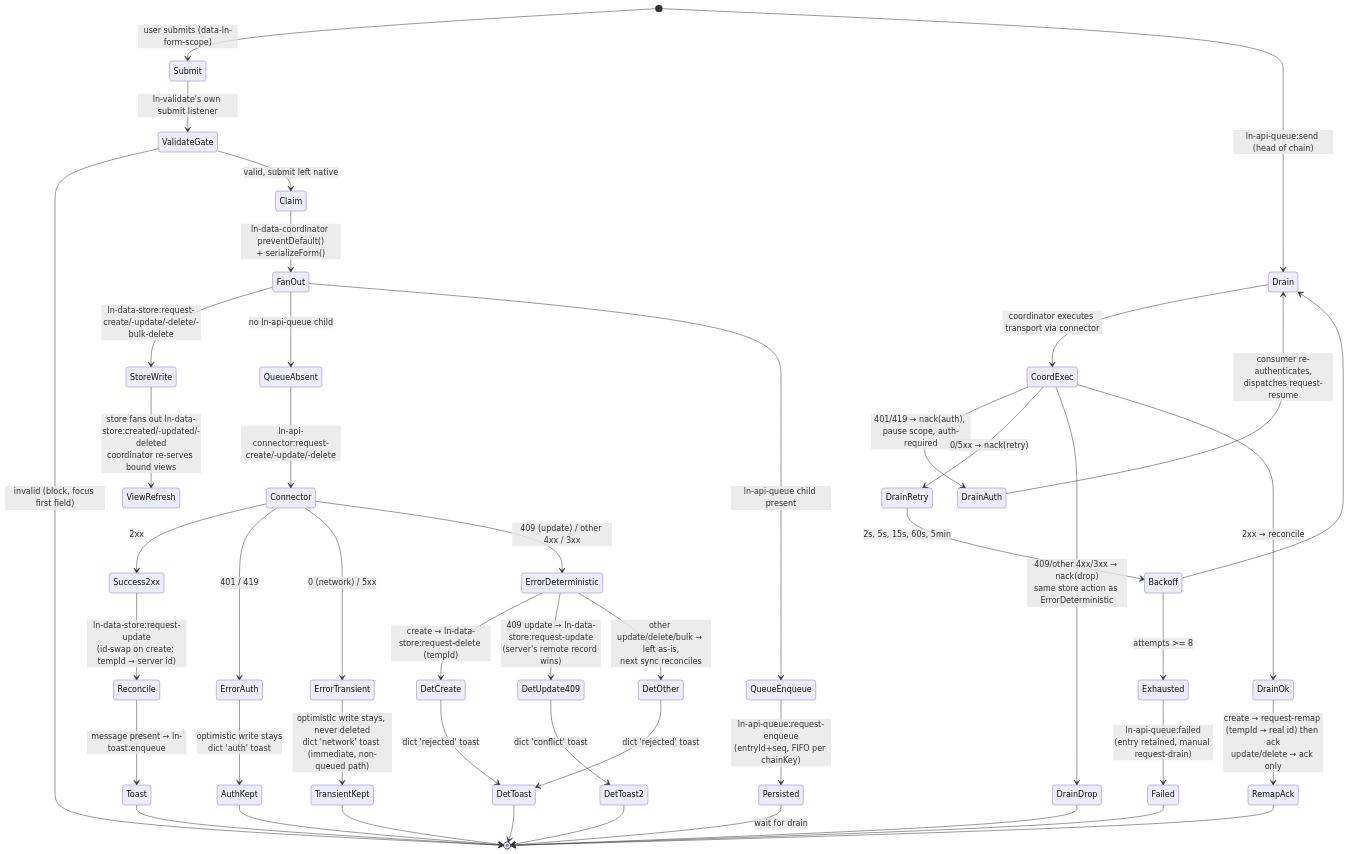
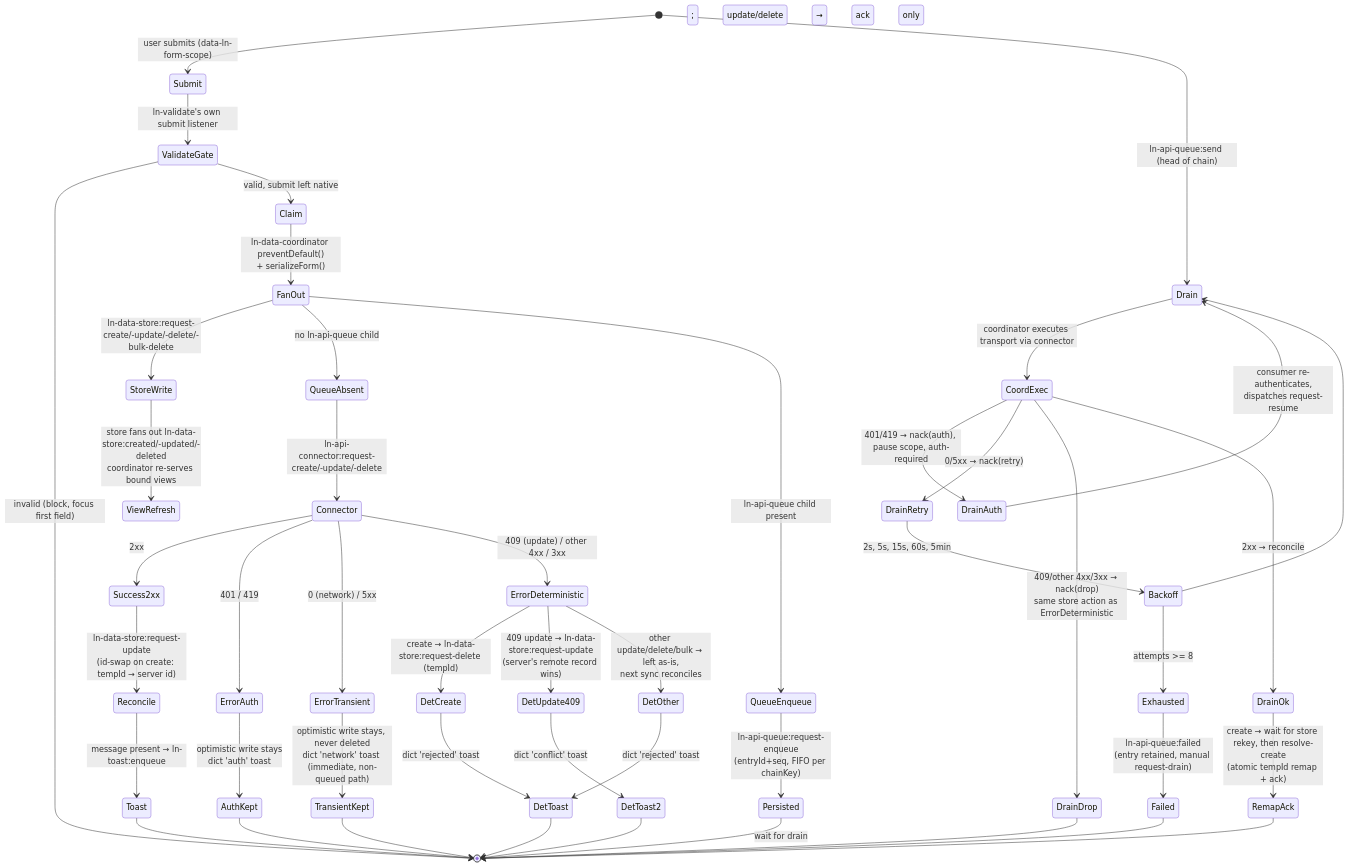
One commit to livenetworks/ln-ashlar changed the diagram in docs/architecture/data-flow.md. Above: the diagram before and after it, drawn with Mermaid. The commit also changed other lines of this file and 15 other files, not shown here.

````diff
--- a/docs/architecture/data-flow.md
+++ b/docs/architecture/data-flow.md
@@ -166,61 +166,61 @@
 ```mermaid
 stateDiagram-v2
     [*] --> Submit: user submits (data-ln-form-scope)
     Submit --> ValidateGate: ln-validate's own submit listener
     ValidateGate --> [*]: invalid (block, focus first field)
     ValidateGate --> Claim: valid, submit left native
 
     Claim --> FanOut: ln-data-coordinator preventDefault()<br/>+ serializeForm()
     FanOut --> StoreWrite: ln-data-store:request-create/-update/-delete/-bulk-delete
     StoreWrite --> ViewRefresh: store fans out ln-data-store:created/-updated/-deleted<br/>coordinator re-serves bound views
 
     FanOut --> QueueAbsent: no ln-api-queue child
     FanOut --> QueueEnqueue: ln-api-queue child present
 
     QueueAbsent --> Connector: ln-api-connector:request-create/-update/-delete
     Connector --> Success2xx: 2xx
     Connector --> ErrorAuth: 401 / 419
     Connector --> ErrorTransient: 0 (network) / 5xx
     Connector --> ErrorDeterministic: 409 (update) / other 4xx / 3xx
 
     Success2xx --> Reconcile: ln-data-store:request-update<br/>(id-swap on create: tempId → server id)
     Reconcile --> Toast: message present → ln-toast:enqueue
     Toast --> [*]
 
     ErrorAuth --> AuthKept: optimistic write stays<br/>dict 'auth' toast
     AuthKept --> [*]
 
     ErrorTransient --> TransientKept: optimistic write stays, never deleted<br/>dict 'network' toast (immediate, non-queued path)
     TransientKept --> [*]
 
     ErrorDeterministic --> DetCreate: create → ln-data-store:request-delete (tempId)
     ErrorDeterministic --> DetUpdate409: 409 update → ln-data-store:request-update<br/>(server's remote record wins)
     ErrorDeterministic --> DetOther: other update/delete/bulk → left as-is,<br/>next sync reconciles
     DetCreate --> DetToast: dict 'rejected' toast
     DetUpdate409 --> DetToast2: dict 'conflict' toast
     DetOther --> DetToast: dict 'rejected' toast
     DetToast --> [*]
     DetToast2 --> [*]
 
     QueueEnqueue --> Persisted: ln-api-queue:request-enqueue<br/>(entryId+seq, FIFO per chainKey)
     Persisted --> [*]: wait for drain
 
     [*] --> Drain: ln-api-queue:send (head of chain)
     Drain --> CoordExec: coordinator executes transport via connector
     CoordExec --> DrainAuth: 401/419 → nack(auth), pause scope, auth-required
     CoordExec --> DrainRetry: 0/5xx → nack(retry)
     CoordExec --> DrainDrop: 409/other 4xx/3xx → nack(drop)<br/>same store action as ErrorDeterministic
     CoordExec --> DrainOk: 2xx → reconcile
 
-    DrainOk --> RemapAck: create → request-remap (tempId → real id) then ack<br/>update/delete → ack only
+    DrainOk --> RemapAck: create → wait for store rekey, then resolve-create<br/>(atomic tempId remap + ack); update/delete → ack only
     RemapAck --> [*]
 
     DrainAuth --> Drain: consumer re-authenticates,<br/>dispatches request-resume
     DrainRetry --> Backoff: 2s, 5s, 15s, 60s, 5min
     Backoff --> Drain
     Backoff --> Exhausted: attempts >= 8
     Exhausted --> Failed: ln-api-queue:failed<br/>(entry retained, manual request-drain)
     Failed --> [*]
 
     DrainDrop --> [*]
 ```
````
